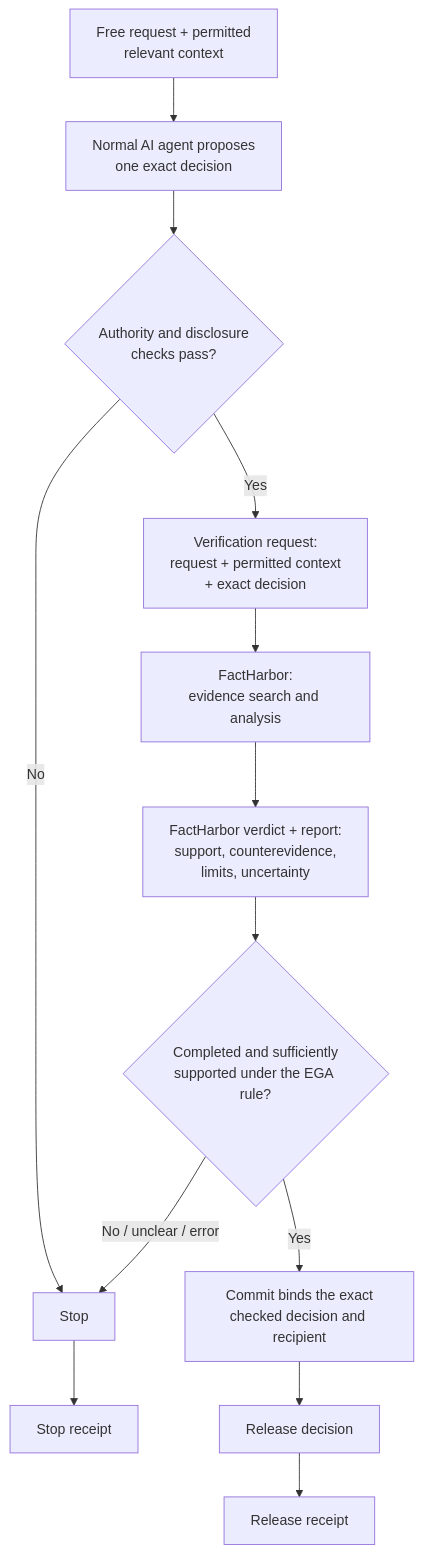
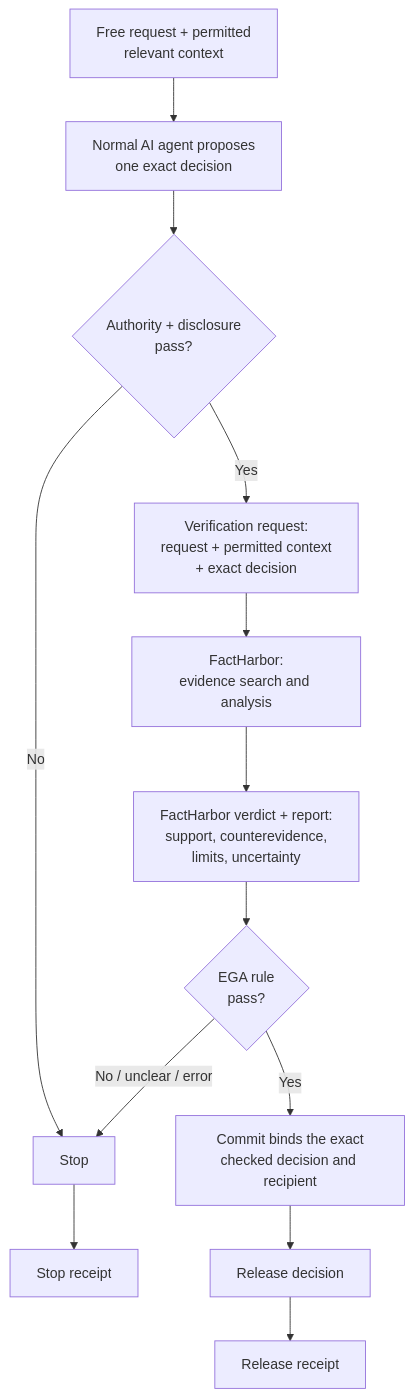
One commit to robertschaub/our-ai-charter changed the second of 2 diagrams in docs/Assurance/Concepts/evidence-gated-agents.md. Above: the diagram before and after it, drawn with Mermaid. The commit also changed other lines of this file, not shown here.

Commit message:
docs(ega): compact diagram decision nodes

````diff
--- a/docs/Assurance/Concepts/evidence-gated-agents.md
+++ b/docs/Assurance/Concepts/evidence-gated-agents.md
@@ -100,15 +100,15 @@
 ```mermaid
 flowchart TD
     U["Free request + permitted<br/>relevant context"] --> A["Normal AI agent proposes<br/>one exact decision"]
-    A --> G{"Authority and disclosure<br/>checks pass?"}
+    A --> G{"Authority + disclosure<br/>pass?"}
     G -->|No| N["Stop"]
     G -->|Yes| Q["Verification request:<br/>request + permitted context<br/>+ exact decision"]
     Q --> F["FactHarbor:<br/>evidence search and analysis"]
     F --> FR["FactHarbor verdict + report:<br/>support, counterevidence,<br/>limits, uncertainty"]
-    FR --> R{"Completed and sufficiently<br/>supported under the EGA rule?"}
+    FR --> R{"EGA rule<br/>pass?"}
     R -->|No / unclear / error| N
     R -->|Yes| C["Commit binds the exact<br/>checked decision and recipient"]
     C --> O["Release decision"]
     O --> RR["Release receipt"]
     N --> NR["Stop receipt"]
 ```
````
